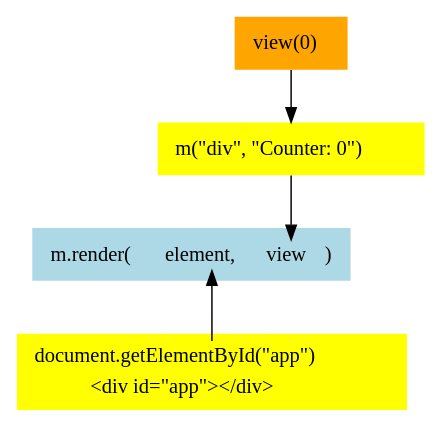
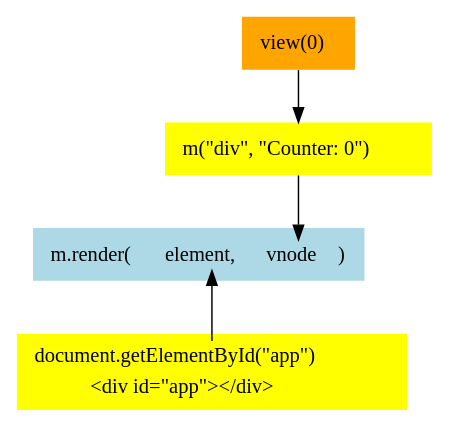
One commit to foxdonut/meiosis-examples changed the diagram in examples/tutorial/images/02-view-function-01.dot. Above: the diagram before and after it, drawn with Graphviz. The commit also changed 23 other files, not shown here.

```diff
--- a/examples/tutorial/images/02-view-function-01.dot
+++ b/examples/tutorial/images/02-view-function-01.dot
@@ -1,43 +1,43 @@
 digraph meiosistutorial {
   mrender [shape="plaintext", style="filled", fillcolor="lightblue", label=<
     <table border="0">
       <tr>
         <td>m.render(</td>
         <td port="element">element,</td>
-        <td port="view">view</td>
+        <td port="vnode">vnode</td>
         <td>)</td>
       </tr>
     </table>
   >]
 
   element [shape="plaintext", style="filled", fillcolor="yellow", label=<
     <table border="0">
       <tr>
         <td port="app">document.getElementById("app")</td>
       </tr>
       <tr>
         <td>&lt;div id="app"&gt;&lt;/div&gt;</td>
       </tr>
     </table>
   >]
 
   view [shape="plaintext", style="filled", fillcolor="yellow", label=<
     <table border="0">
       <tr>
         <td>m("div", "Counter: 0")</td>
       </tr>
     </table>
   >]
 
   vfunction [shape="plaintext", style="filled", fillcolor="orange", label=<
     <table border="0">
       <tr>
         <td>view(0)</td>
       </tr>
     </table>
   >]
 
   mrender:element -> element:app [dir="back"]
-  view -> mrender:view
+  view -> mrender:vnode
   vfunction -> view
 }
```
